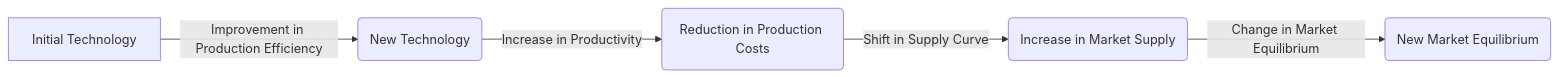
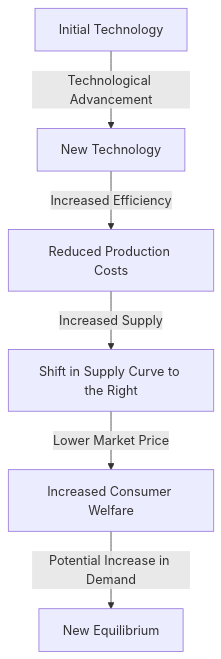
The diagram in Obsidian_Vault/2-Academic/Winter 2026/Economics/2_Theory_Of_Demand_And_Supply/Change_In_Technology.md (DagimAlemayehuu/Ater), drawn with Mermaid before and after one commit. The commit also changed other lines of this file and 41 other files, not shown here.

Commit message:
Hardening OKA Pedagogical Architecture: Fix relational links, metadata formatting, and Jump-to-PDF functionality

````diff
--- a/Obsidian_Vault/2-Academic/Winter 2026/Economics/2_Theory_Of_Demand_And_Supply/Change_In_Technology.md
+++ b/Obsidian_Vault/2-Academic/Winter 2026/Economics/2_Theory_Of_Demand_And_Supply/Change_In_Technology.md
@@ -39,9 +52,10 @@
 ```mermaid
 
-graph LR
-    A[Initial Technology] -->|Improvement in Production Efficiency| B(New Technology)
-    B -->|Increase in Productivity| C(Reduction in Production Costs)
-    C -->|Shift in Supply Curve| D(Increase in Market Supply)
-    D -->|Change in Market Equilibrium| E(New Market Equilibrium)
+graph TD
+    A[Initial Technology] -->|Technological Advancement| B[New Technology]
+    B -->|Increased Efficiency| C[Reduced Production Costs]
+    C -->|Increased Supply| D[Shift in Supply Curve to the Right]
+    D -->|Lower Market Price| E[Increased Consumer Welfare]
+    E -->|Potential Increase in Demand| F[New Equilibrium]
 
 ```
````
